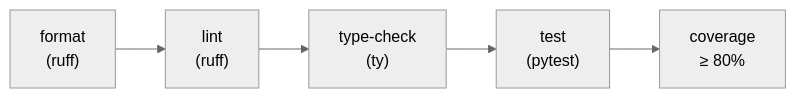
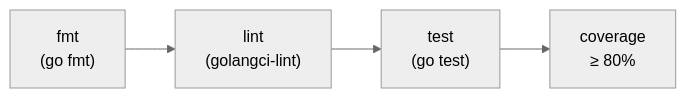
Before and after one commit to mlefebvre1/cooksense-backend: the fourth of 4 diagrams in .claude/sdd-spec-author/SKILL.md, drawn with Mermaid (neutral theme). The commit also changed other lines of this file and 3 other files, not shown here.

````diff
--- a/.claude/sdd-spec-author/SKILL.md
+++ b/.claude/sdd-spec-author/SKILL.md
@@ -1073,10 +918,9 @@
 ```mermaid
 flowchart LR
-    format["format<br/>(ruff)"]
-    lint["lint<br/>(ruff)"]
-    typecheck["type-check<br/>(ty)"]
-    test["test<br/>(pytest)"]
+    fmt["fmt<br/>(go fmt)"]
+    lint["lint<br/>(golangci-lint)"]
+    test["test<br/>(go test)"]
     coverage["coverage<br/>≥ 80%"]
 
-    format --> lint --> typecheck --> test --> coverage
+    fmt --> lint --> test --> coverage
 ```
````
